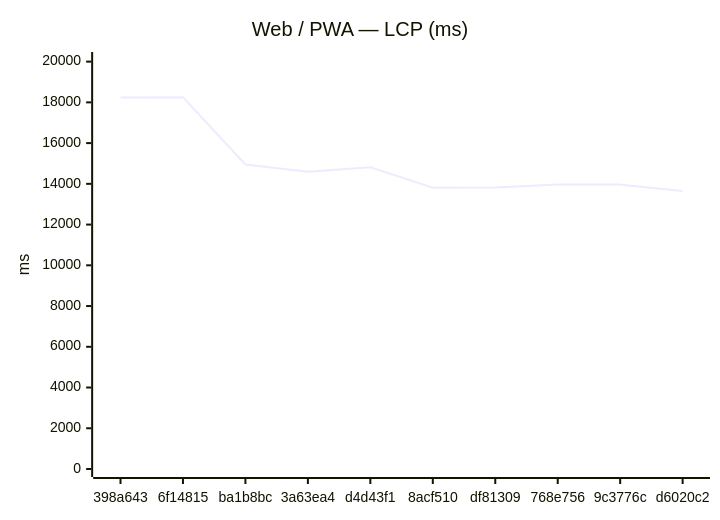
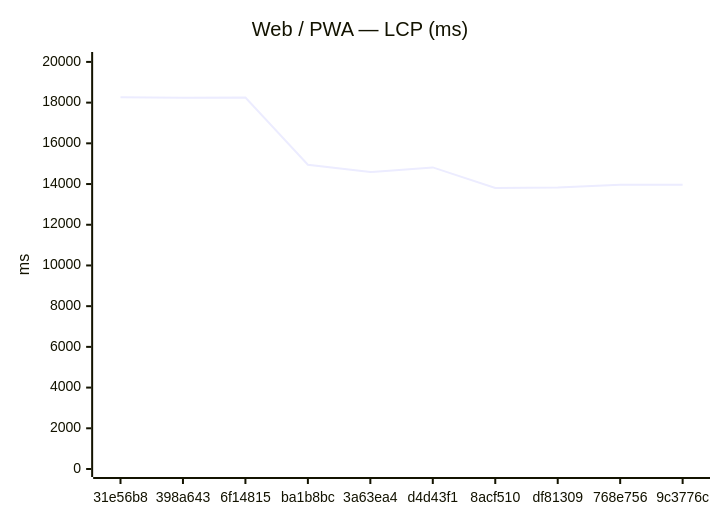
The first of 18 diagrams in benchmarks/compare.md (Metaheurist/Rianell), drawn with Mermaid before and after one commit. The commit also changed other lines of this file and 11 other files, not shown here.

````diff
--- a/benchmarks/compare.md
+++ b/benchmarks/compare.md
@@ -24,7 +24,7 @@
 ```mermaid
 xychart-beta
     title "Web / PWA — LCP (ms)"
-    x-axis ["398a643", "6f14815", "ba1b8bc", "3a63ea4", "d4d43f1", "8acf510", "df81309", "768e756", "9c3776c", "d6020c2"]
-    y-axis "ms" 0 --> 20080
-    line [18242, 18254, 14947, 14588, 14818, 13807, 13825, 13971, 13962, 13654]
+    x-axis ["31e56b8", "398a643", "6f14815", "ba1b8bc", "3a63ea4", "d4d43f1", "8acf510", "df81309", "768e756", "9c3776c"]
+    y-axis "ms" 0 --> 20094
+    line [18267, 18242, 18254, 14947, 14588, 14818, 13807, 13825, 13971, 13962]
 ```
````
